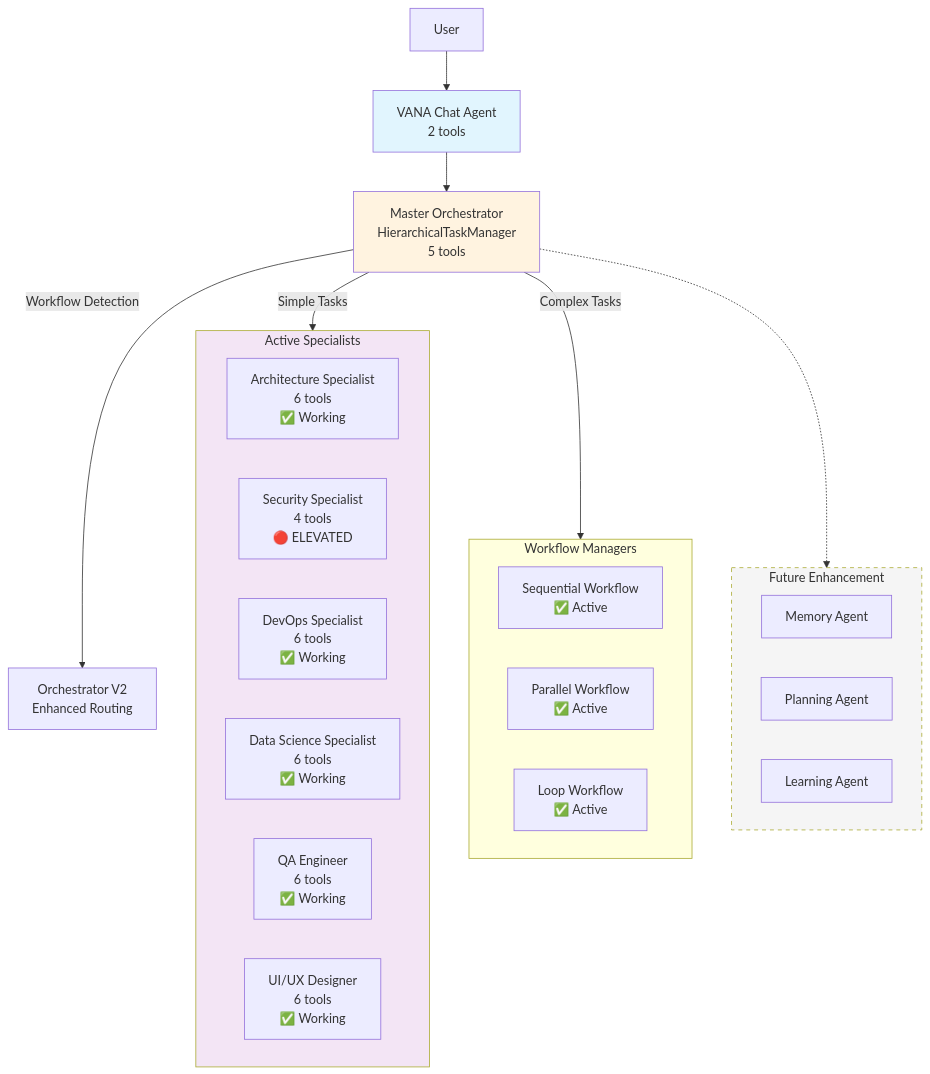
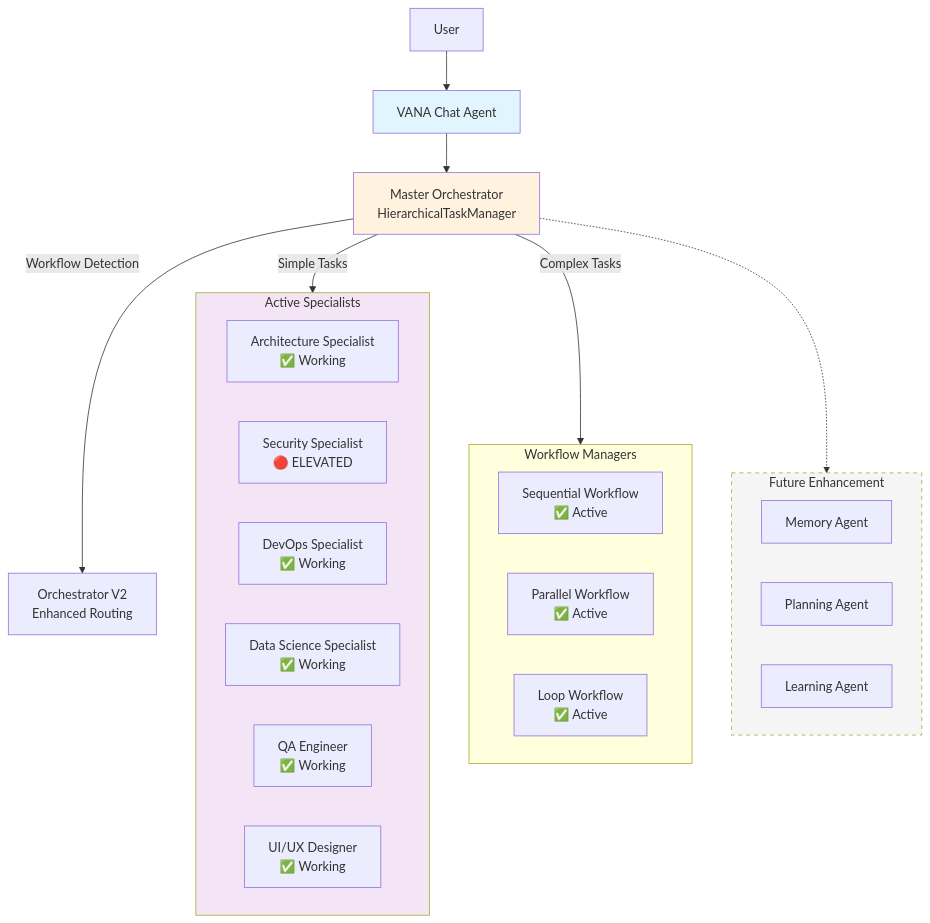
Before and after one commit to NickB03/vana: the first of 3 diagrams in README.md, drawn with Mermaid. The commit also changed other lines of this file and 5 other files, not shown here.

````diff
--- a/README.md
+++ b/README.md
@@ -197,37 +197,37 @@
 ```mermaid
 graph TD
-    User[User] --> VANA[VANA Chat Agent<br/>2 tools]
-    VANA --> MO[Master Orchestrator<br/>HierarchicalTaskManager<br/>5 tools]
+    User[User] --> VANA[VANA Chat Agent]
+    VANA --> MO[Master Orchestrator<br/>HierarchicalTaskManager]
     
     MO --> |Simple Tasks| Specialists
     MO --> |Complex Tasks| Workflows
     MO --> |Workflow Detection| OV2[Orchestrator V2<br/>Enhanced Routing]
     
     subgraph Workflows[Workflow Managers]
         SEQ[Sequential Workflow<br/>✅ Active]
         PAR[Parallel Workflow<br/>✅ Active]
         LOOP[Loop Workflow<br/>✅ Active]
     end
     
     subgraph Specialists[Active Specialists]
-        ARCH[Architecture Specialist<br/>6 tools<br/>✅ Working]
-        SEC[Security Specialist<br/>4 tools<br/>🔴 ELEVATED]
-        DO[DevOps Specialist<br/>6 tools<br/>✅ Working]
-        DS[Data Science Specialist<br/>6 tools<br/>✅ Working]
-        QA[QA Engineer<br/>6 tools<br/>✅ Working]
-        UI[UI/UX Designer<br/>6 tools<br/>✅ Working]
+        ARCH[Architecture Specialist<br/>✅ Working]
+        SEC[Security Specialist<br/>🔴 ELEVATED]
+        DO[DevOps Specialist<br/>✅ Working]
+        DS[Data Science Specialist<br/>✅ Working]
+        QA[QA Engineer<br/>✅ Working]
+        UI[UI/UX Designer<br/>✅ Working]
     end
     
     subgraph Maintenance[Future Enhancement]
         MA[Memory Agent]
         PA[Planning Agent]
         LA[Learning Agent]
     end
     
     MO -.-> Maintenance
     
     style VANA fill:#e1f5fe
     style MO fill:#fff3e0
     style Specialists fill:#f3e5f5
     style Maintenance fill:#f5f5f5,stroke-dasharray: 5 5
 ```
````
